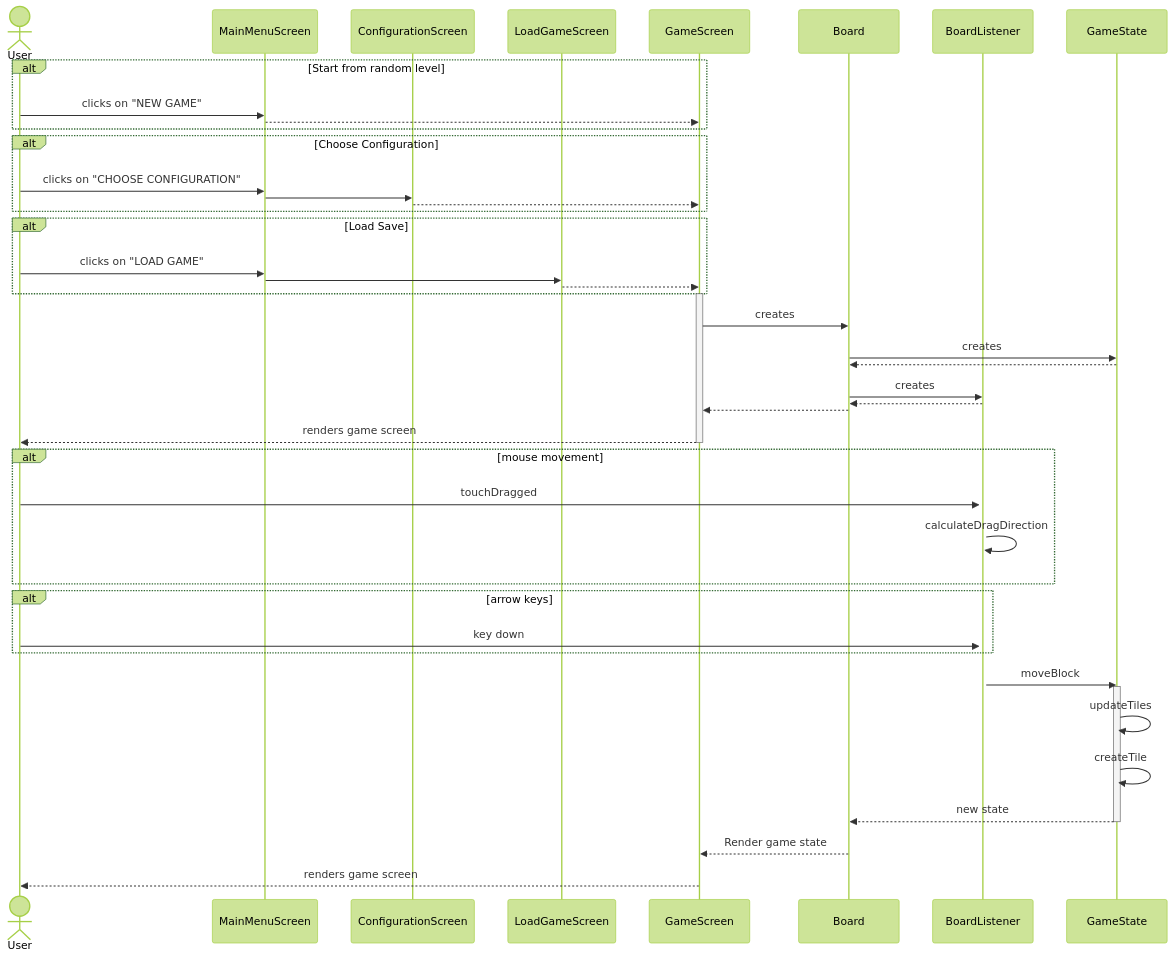
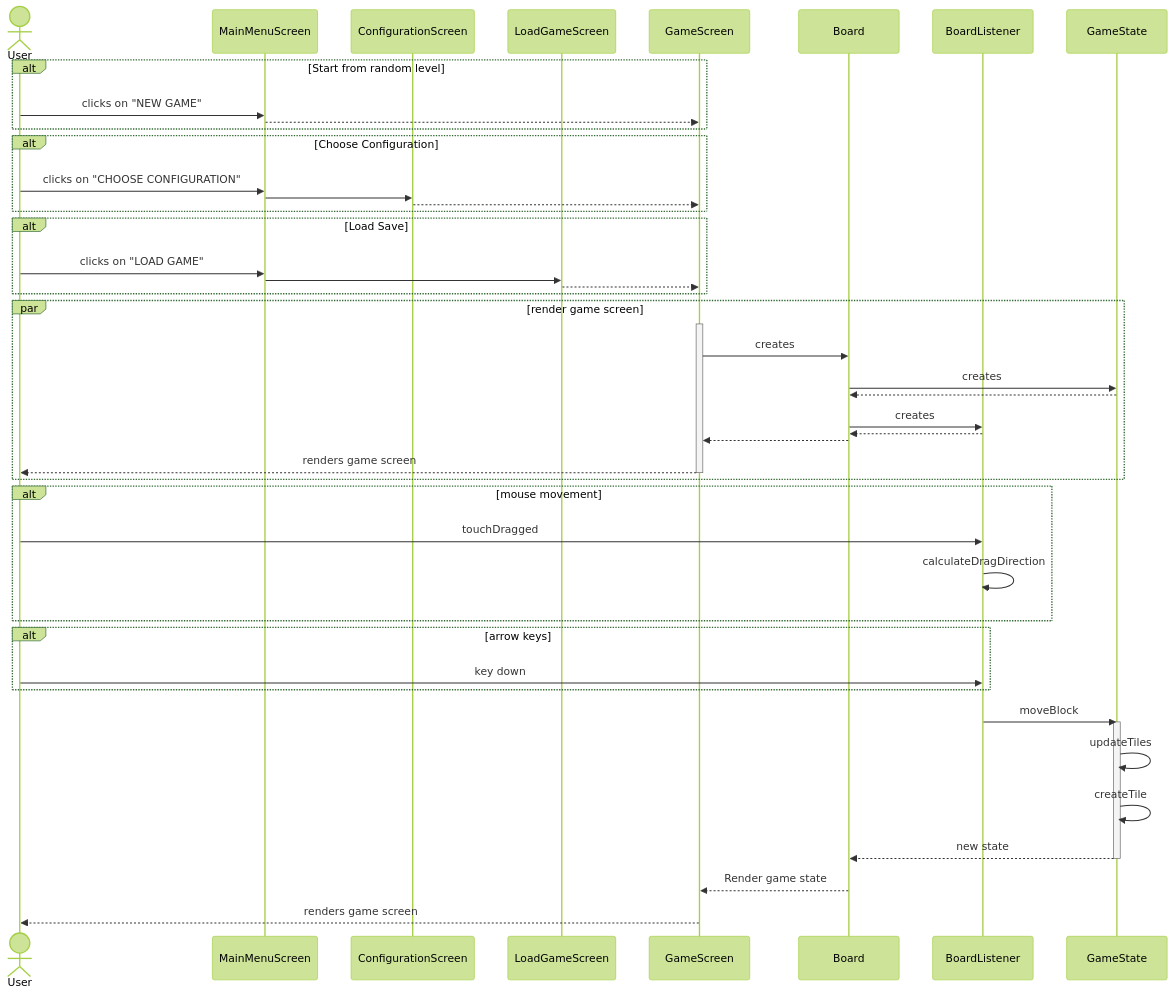
The ninth of 10 diagrams in docs/sequence_diagram/index.md (BIRSAx2/klotski), drawn with Mermaid (forest theme) before and after one commit. The commit also changed other lines of this file, not shown here.

Commit message:
Improved internal sequence diagrams

````diff
--- a/docs/sequence_diagram/index.md
+++ b/docs/sequence_diagram/index.md
@@ -391,59 +391,59 @@
 ```mermaid
 sequenceDiagram
     actor User
     participant MainMenuScreen
     participant ConfigurationScreen
     participant LoadGameScreen
     participant GameScreen
     participant Board
     participant BoardListener
     participant GameState
 
 
     alt Start from random level 
         User ->> MainMenuScreen: clicks on "NEW GAME"
         MainMenuScreen -->> GameScreen: 
     end
     
     alt Choose Configuration
         User ->> MainMenuScreen: clicks on "CHOOSE CONFIGURATION"
         MainMenuScreen ->> ConfigurationScreen: 
         ConfigurationScreen -->> GameScreen: 
     end
 
     alt Load Save
         User ->> MainMenuScreen: clicks on "LOAD GAME"
         MainMenuScreen ->> LoadGameScreen: 
         LoadGameScreen -->> GameScreen: 
     end
 
-    activate GameScreen
-    GameScreen ->> Board: creates
-    Board ->> GameState: creates
-    GameState -->> Board: 
-    Board ->> BoardListener: creates
-    BoardListener -->> Board: 
-    Board -->> GameScreen: 
-    GameScreen -->> User: renders game screen
-    deactivate GameScreen
-    
-    activate BoardListener
-    
+    par render game screen
+        activate GameScreen
+        GameScreen ->> Board: creates
+        Board ->> GameState: creates
+        GameState -->> Board: 
+        Board ->> BoardListener: creates
+        BoardListener -->> Board: 
+        Board -->> GameScreen: 
+        GameScreen -->> User: renders game screen
+        deactivate GameScreen
+    end
+        
     alt mouse movement
         User ->> BoardListener : touchDragged
         BoardListener ->> BoardListener : calculateDragDirection
     end
 
     alt arrow keys 
         User ->> BoardListener: key down
     end
 
     BoardListener ->> GameState : moveBlock
     activate GameState
     GameState ->> GameState : updateTiles
     GameState ->> GameState : createTile
     GameState -->> Board: new state
     deactivate GameState
     Board -->> GameScreen: Render game state
     GameScreen -->> User: renders game screen
 ```
````
